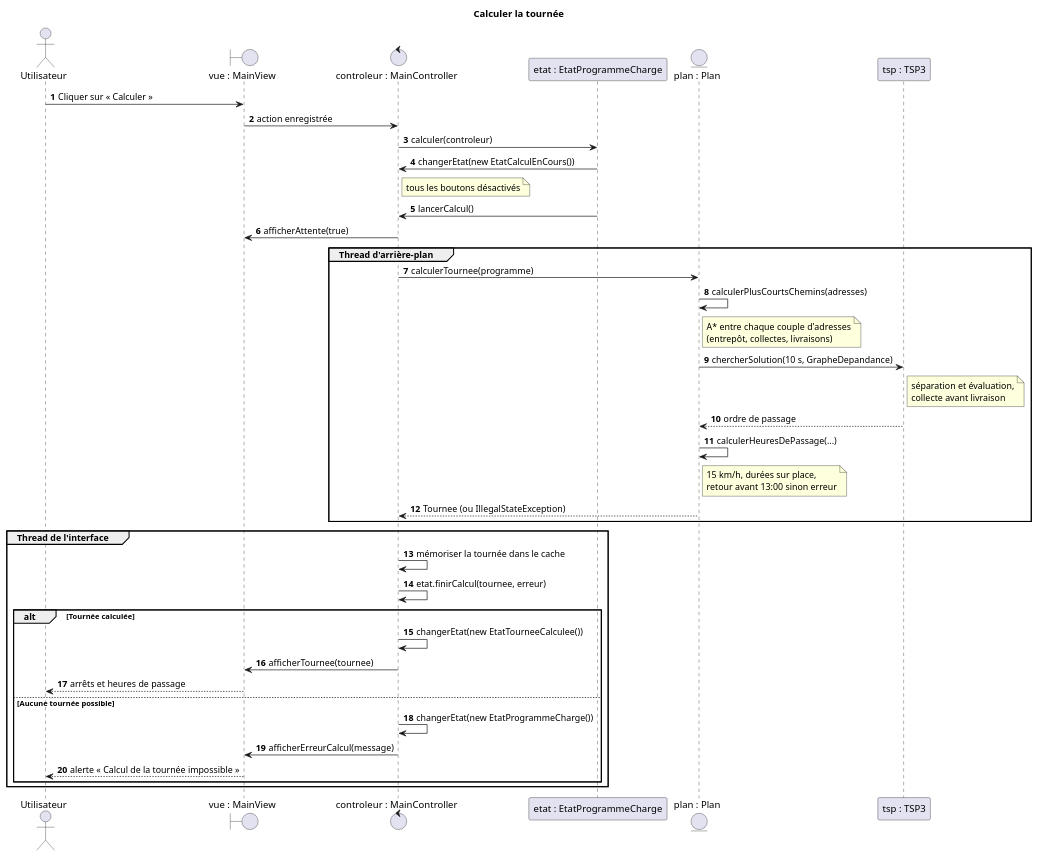
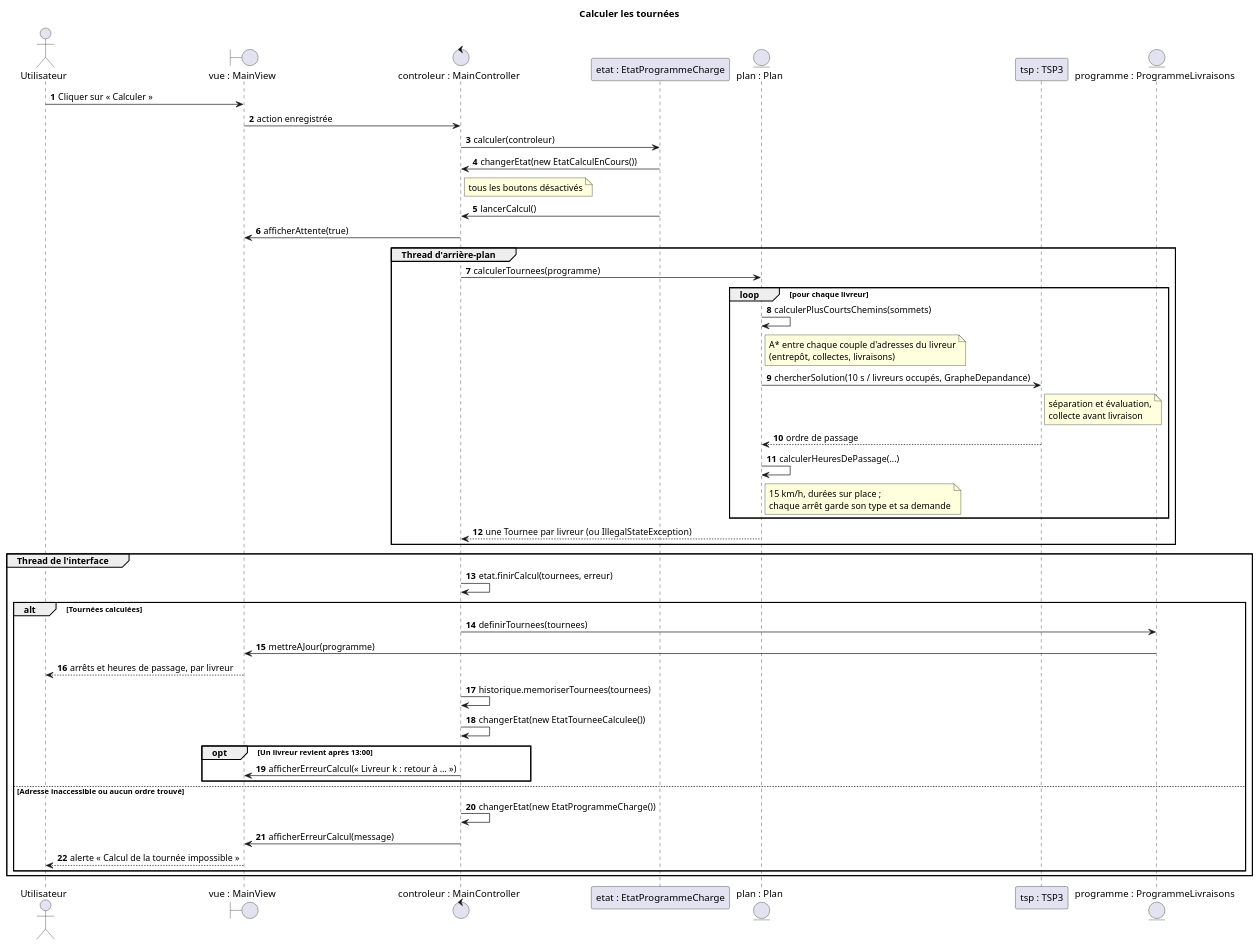
Before and after one commit to tristanhp/Optimod-Lyon: the diagram in docs/diagrams/sequence-calcul-tournee.puml, drawn with PlantUML. The commit also changed 9 other files, not shown here.

First line of the commit message:
docs: TIG-95 ADR 0006, diagrammes et README pour plusieurs livreurs

```diff
--- a/docs/diagrams/sequence-calcul-tournee.puml
+++ b/docs/diagrams/sequence-calcul-tournee.puml
@@ -1,41 +1,48 @@
 @startuml sequence-calcul-tournee
-title Calculer la tournée
+title Calculer les tournées
 autonumber
 actor Utilisateur as U
 boundary "vue : MainView" as V
 control "controleur : MainController" as C
 participant "etat : EtatProgrammeCharge" as E
 entity "plan : Plan" as P
 participant "tsp : TSP3" as T
+entity "programme : ProgrammeLivraisons" as L
 U -> V : Cliquer sur « Calculer »
 V -> C : action enregistrée
 C -> E : calculer(controleur)
 E -> C : changerEtat(new EtatCalculEnCours())
 note right of C : tous les boutons désactivés
 E -> C : lancerCalcul()
 C -> V : afficherAttente(true)
 group Thread d'arrière-plan
-  C -> P : calculerTournee(programme)
-  P -> P : calculerPlusCourtsChemins(adresses)
-  note right of P : A* entre chaque couple d'adresses\n(entrepôt, collectes, livraisons)
-  P -> T : chercherSolution(10 s, GrapheDepandance)
-  note right of T : séparation et évaluation,\ncollecte avant livraison
-  T --> P : ordre de passage
-  P -> P : calculerHeuresDePassage(...)
-  note right of P : 15 km/h, durées sur place,\nretour avant 13:00 sinon erreur
-  P --> C : Tournee (ou IllegalStateException)
+  C -> P : calculerTournees(programme)
+  loop pour chaque livreur
+    P -> P : calculerPlusCourtsChemins(sommets)
+    note right of P : A* entre chaque couple d'adresses du livreur\n(entrepôt, collectes, livraisons)
+    P -> T : chercherSolution(10 s / livreurs occupés, GrapheDepandance)
+    note right of T : séparation et évaluation,\ncollecte avant livraison
+    T --> P : ordre de passage
+    P -> P : calculerHeuresDePassage(...)
+    note right of P : 15 km/h, durées sur place ;\nchaque arrêt garde son type et sa demande
+  end
+  P --> C : une Tournee par livreur (ou IllegalStateException)
 end
 group Thread de l'interface
-  C -> C : mémoriser la tournée dans le cache
-  C -> C : etat.finirCalcul(tournee, erreur)
-  alt Tournée calculée
+  C -> C : etat.finirCalcul(tournees, erreur)
+  alt Tournées calculées
+    C -> L : definirTournees(tournees)
+    L -> V : mettreAJour(programme)
+    V --> U : arrêts et heures de passage, par livreur
+    C -> C : historique.memoriserTournees(tournees)
     C -> C : changerEtat(new EtatTourneeCalculee())
-    C -> V : afficherTournee(tournee)
-    V --> U : arrêts et heures de passage
-  else Aucune tournée possible
+    opt Un livreur revient après 13:00
+      C -> V : afficherErreurCalcul(« Livreur k : retour à … »)
+    end
+  else Adresse inaccessible ou aucun ordre trouvé
     C -> C : changerEtat(new EtatProgrammeCharge())
     C -> V : afficherErreurCalcul(message)
     V --> U : alerte « Calcul de la tournée impossible »
   end
 end
 @enduml
```
